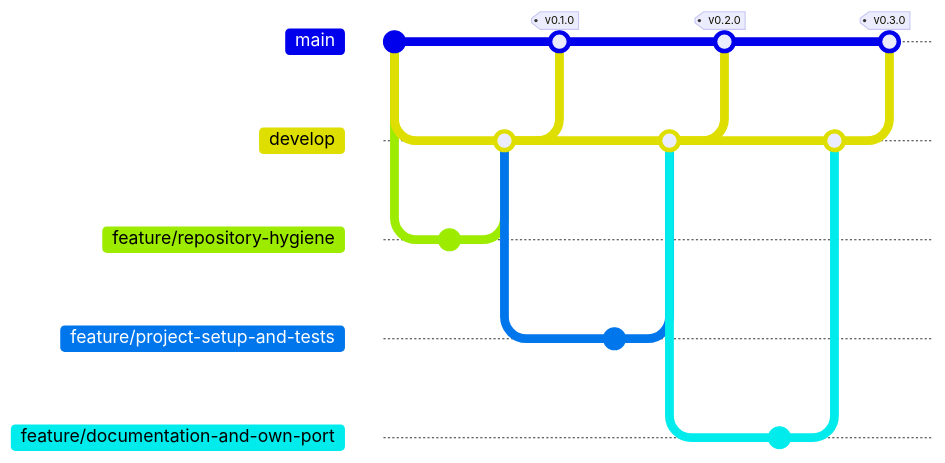
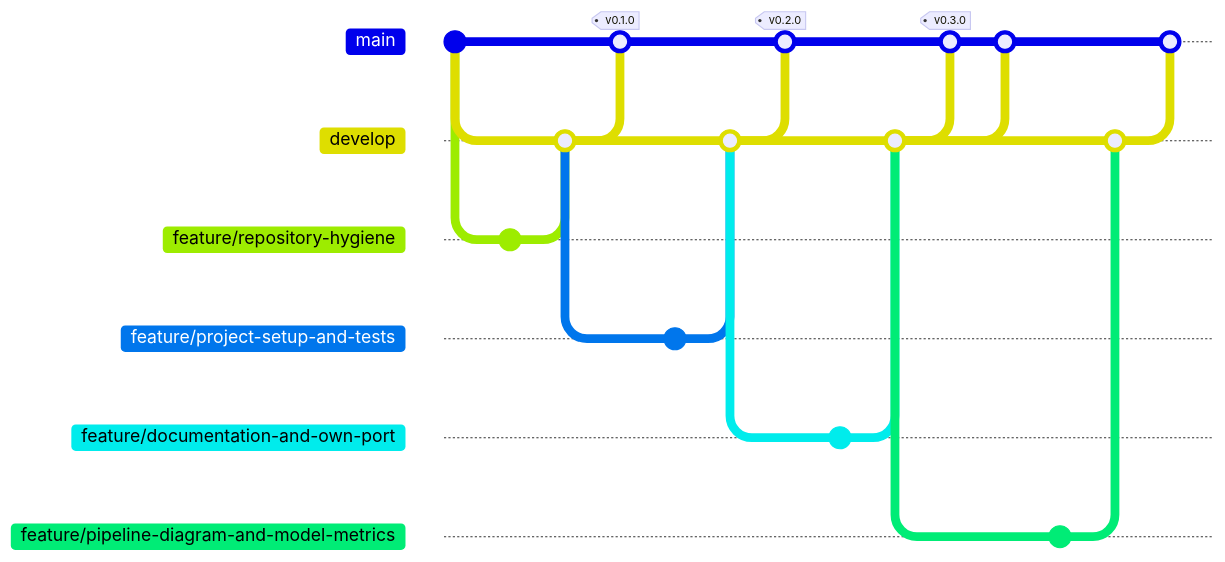
Before and after one commit to danielyatacoblas/omni-logistics: the second of 2 diagrams in README.md, drawn with Mermaid. The commit also changed other lines of this file, not shown here. Commit ids are hidden.

Commit message:
docs: regenerate the branch diagram after the release merge
The block quotes counts read from the history, so committing it necessarily changes what it counts. It is generated last and says when it was taken rather than pretending to be live.

````diff
--- a/README.md
+++ b/README.md
@@ -198,29 +198,39 @@
 ```mermaid
 gitGraph
    commit id: "import"
    branch develop
    checkout develop
    branch feature/repository-hygiene
    checkout feature/repository-hygiene
    commit
    checkout develop
    merge feature/repository-hygiene
    checkout main
    merge develop tag: "v0.1.0"
    checkout develop
    branch feature/project-setup-and-tests
    checkout feature/project-setup-and-tests
    commit
    checkout develop
    merge feature/project-setup-and-tests
    checkout main
    merge develop tag: "v0.2.0"
    checkout develop
    branch feature/documentation-and-own-port
    checkout feature/documentation-and-own-port
    commit
    checkout develop
    merge feature/documentation-and-own-port
    checkout main
    merge develop tag: "v0.3.0"
+   checkout main
+   merge develop
+   checkout develop
+   branch feature/pipeline-diagram-and-model-metrics
+   checkout feature/pipeline-diagram-and-model-metrics
+   commit
+   checkout develop
+   merge feature/pipeline-diagram-and-model-metrics
+   checkout main
+   merge develop
 ```
````
